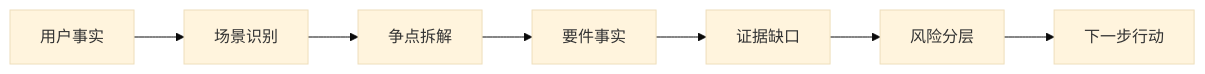
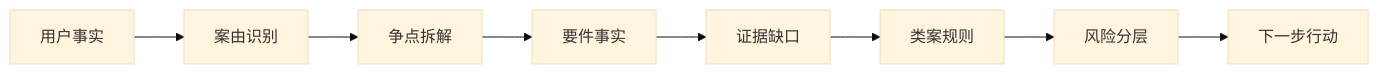
The diagram in README.md (wesky820/china-law-case-analysis-skills), drawn with Mermaid (base theme) before and after one commit. The commit also changed other lines of this file, not shown here.

````diff
--- a/README.md
+++ b/README.md
@@ -78,9 +95,10 @@
 ```mermaid
 flowchart LR
-  A[用户事实] --> B[场景识别]
-  B --> C[争点拆解]
-  C --> D[要件事实]
-  D --> E[证据缺口]
-  E --> F[风险分层]
-  F --> G[下一步行动]
+  A["用户事实"] --> B["案由识别"]
+  B --> C["争点拆解"]
+  C --> D["要件事实"]
+  D --> E["证据缺口"]
+  E --> F["类案规则"]
+  F --> G["风险分层"]
+  G --> H["下一步行动"]
 ```
````
